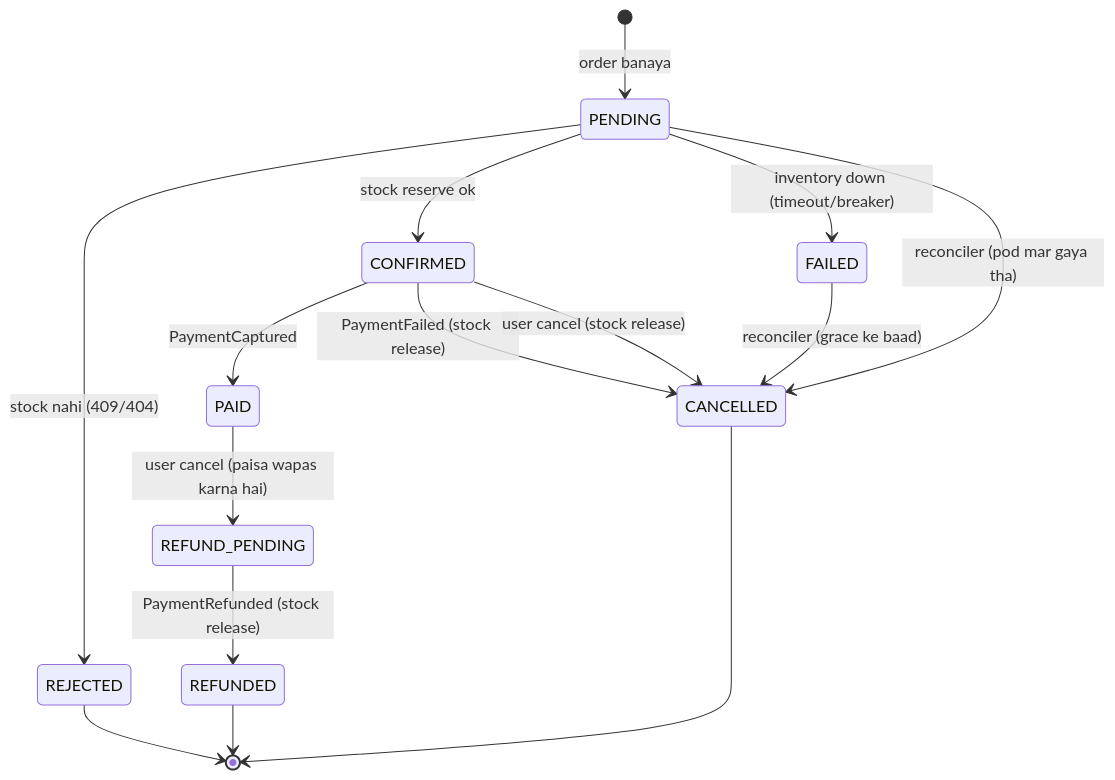
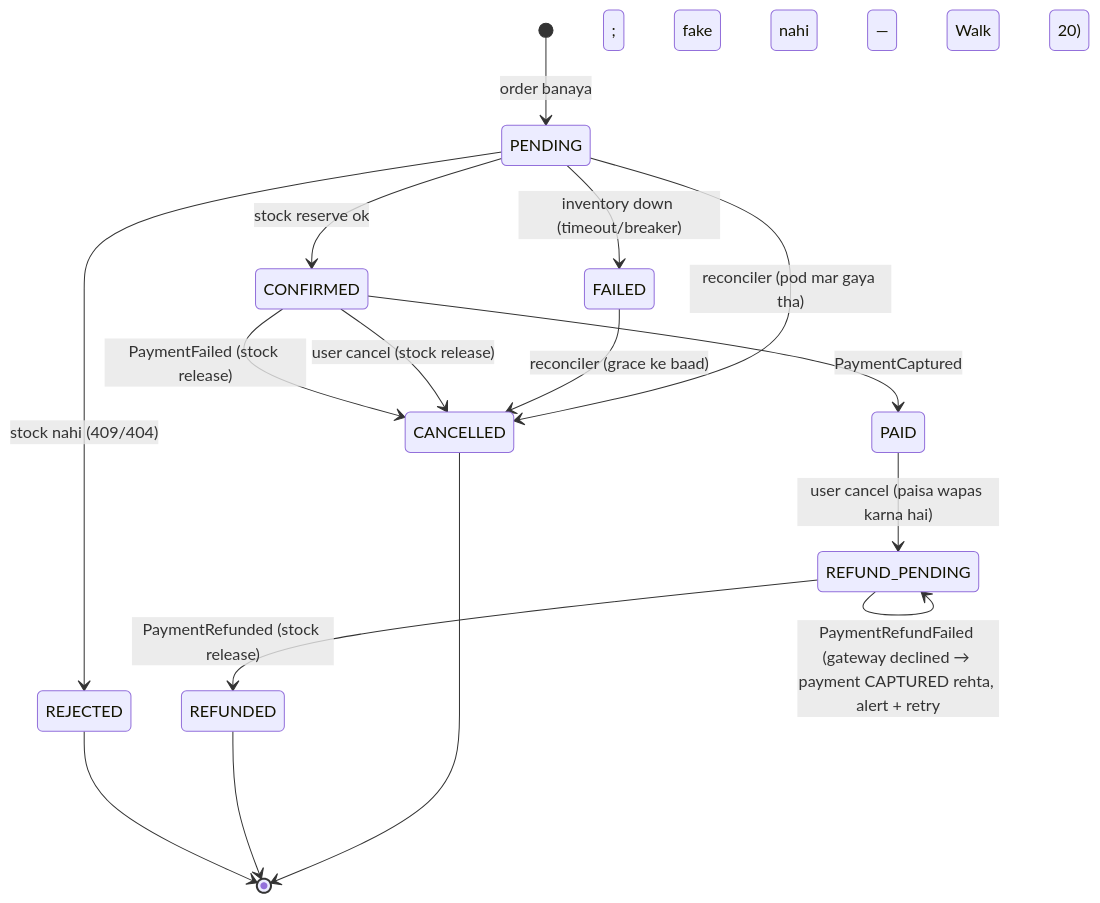
Before and after one commit to Rajji01/DevopsComplete: the second of 13 diagrams in docs/VISUAL-FLOWS.md, drawn with Mermaid. The commit also changed other lines of this file and 1 other file, not shown here.

First line of the commit message:
Walk 26: add refund-decline branch to VISUAL-FLOWS state machine

````diff
--- a/docs/VISUAL-FLOWS.md
+++ b/docs/VISUAL-FLOWS.md
@@ -67,17 +67,18 @@
 ```mermaid
 stateDiagram-v2
     [*] --> PENDING: order banaya
     PENDING --> CONFIRMED: stock reserve ok
     PENDING --> REJECTED: stock nahi (409/404)
     PENDING --> FAILED: inventory down (timeout/breaker)
     CONFIRMED --> PAID: PaymentCaptured
     CONFIRMED --> CANCELLED: PaymentFailed (stock release)
     CONFIRMED --> CANCELLED: user cancel (stock release)
     PAID --> REFUND_PENDING: user cancel (paisa wapas karna hai)
     REFUND_PENDING --> REFUNDED: PaymentRefunded (stock release)
+    REFUND_PENDING --> REFUND_PENDING: PaymentRefundFailed (gateway declined → payment CAPTURED rehta, alert + retry; fake REFUNDED nahi — Walk 20)
     FAILED --> CANCELLED: reconciler (grace ke baad)
     PENDING --> CANCELLED: reconciler (pod mar gaya tha)
     REJECTED --> [*]
     REFUNDED --> [*]
     CANCELLED --> [*]
 ```
````
